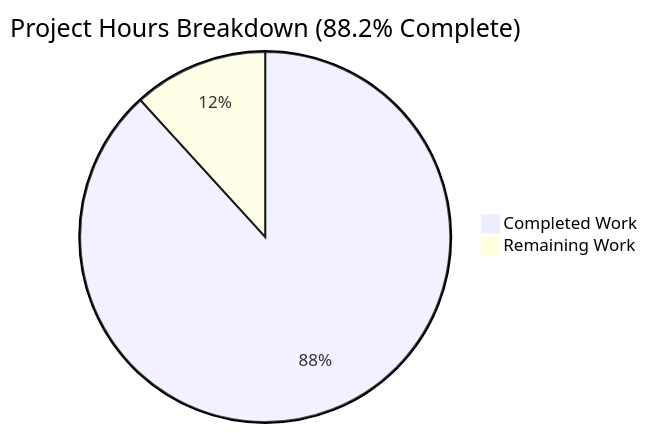
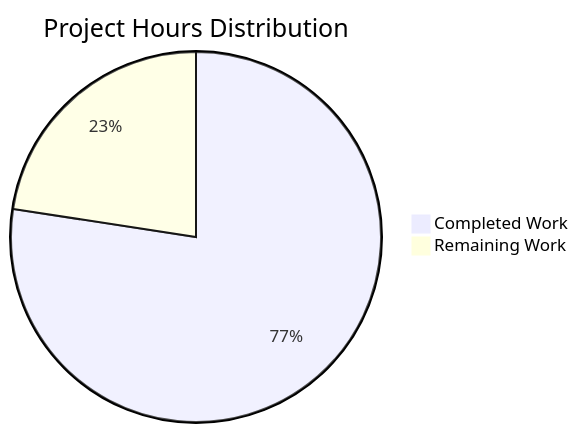
The first of 3 diagrams in blitzy/documentation/Project Guide.md (sudhanshu-spec/test-spec), drawn with Mermaid before and after one commit. The commit also changed other lines of this file, not shown here.

Commit message:
Adding Blitzy Project Guide: Project Status and Human Tasks Remaining

````diff
--- a/blitzy/documentation/Project Guide.md
+++ b/blitzy/documentation/Project Guide.md
@@ -85,5 +56,5 @@
 ```mermaid
-pie title Project Hours Breakdown (88.2% Complete)
-    "Completed Work" : 75
-    "Remaining Work" : 10
+pie title Project Hours Distribution
+    "Completed Work" : 96
+    "Remaining Work" : 28
 ```
````
